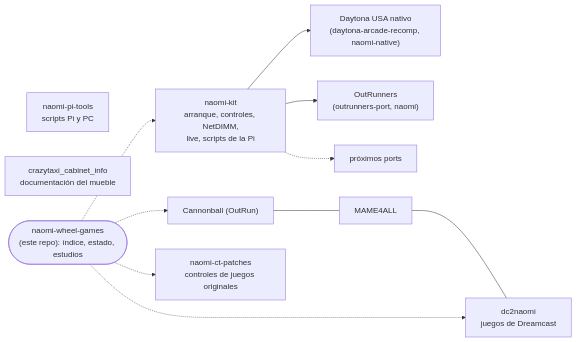
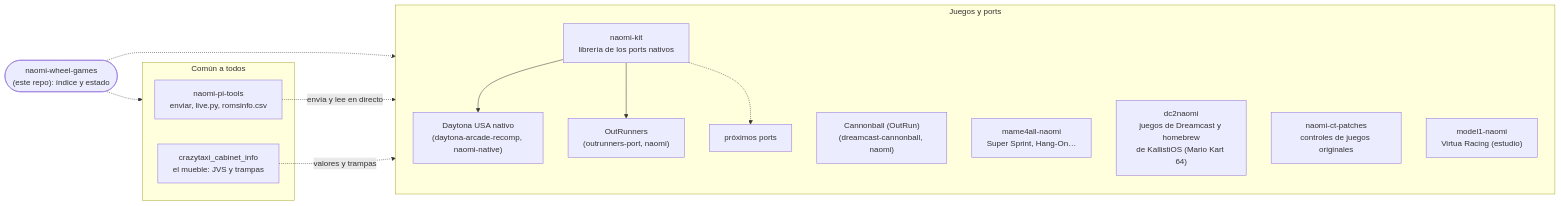
The diagram in README.md (0skarzer0/naomi-wheel-games), drawn with Mermaid before and after one commit. The commit also changed other lines of this file and 2 other files, not shown here.

Commit message:
README: diagram with every repo (shared tools and cabinet docs as their own group), Mario Kart 64 in the status table; docs/hardware.md becomes an index into crazytaxi_cabinet_info (the single source); CONTRIBUTING points to it and to naomi-pi-tools' live.py
Claude-Session: https://claude.ai/code/session_01JksZ9FgkE197qauFgf7y3i

````diff
--- a/README.md
+++ b/README.md
@@ -34,15 +34,23 @@
 ```mermaid
 flowchart LR
-    kit["naomi-kit<br/>arranque, controles, NetDIMM,<br/>live, scripts de la Pi"]
-    tools["naomi-pi-tools<br/>scripts Pi y PC"]
-    cab["crazytaxi_cabinet_info<br/>documentación del mueble"]
-    kit --> day["Daytona USA nativo<br/>(daytona-arcade-recomp, naomi-native)"]
-    kit --> orun["OutRunners<br/>(outrunners-port, naomi)"]
-    kit -.-> next["próximos ports"]
-    cb["Cannonball (OutRun)"] --- m4["MAME4ALL"] --- dc2["dc2naomi<br/>juegos de Dreamcast"]
-    patches["naomi-ct-patches<br/>controles de juegos originales"]
-    wheel(["naomi-wheel-games<br/>(este repo): índice, estado, estudios"]) -.-> kit
-    wheel -.-> cb
-    wheel -.-> dc2
-    wheel -.-> patches
+    wheel(["naomi-wheel-games<br/>(este repo): índice y estado"])
+    subgraph juegos["Juegos y ports"]
+        kit["naomi-kit<br/>librería de los ports nativos"]
+        kit --> day["Daytona USA nativo<br/>(daytona-arcade-recomp, naomi-native)"]
+        kit --> orun["OutRunners<br/>(outrunners-port, naomi)"]
+        kit -.-> next["próximos ports"]
+        cb["Cannonball (OutRun)<br/>(dreamcast-cannonball, naomi)"]
+        m4["mame4all-naomi<br/>Super Sprint, Hang-On…"]
+        dc2["dc2naomi<br/>juegos de Dreamcast y homebrew<br/>de KallistiOS (Mario Kart 64)"]
+        patches["naomi-ct-patches<br/>controles de juegos originales"]
+        m1["model1-naomi<br/>Virtua Racing (estudio)"]
+    end
+    subgraph comun["Común a todos"]
+        tools["naomi-pi-tools<br/>enviar, live.py, romsinfo.csv"]
+        cab["crazytaxi_cabinet_info<br/>el mueble: JVS y trampas"]
+    end
+    wheel -.-> juegos
+    wheel -.-> comun
+    tools -.->|"envía y lee en directo"| juegos
+    cab -.->|"valores y trampas"| juegos
 ```
````
